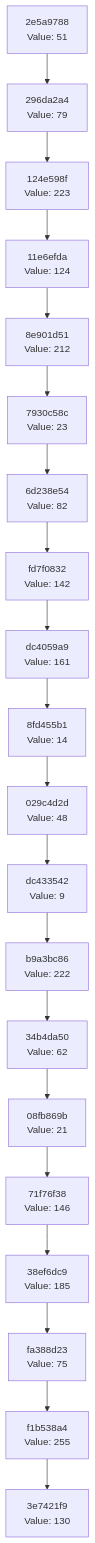
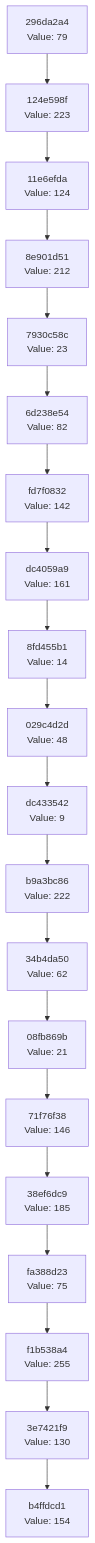
Before and after one commit to Abhisheksinha1506/hash-chain-evolver: the diagram in docs/CHAIN_VISUALIZATION.md, drawn with Mermaid. The commit also changed 2 other files, not shown here.

Commit message:
Evolution step: hash 0x9A → action executed

````diff
--- a/docs/CHAIN_VISUALIZATION.md
+++ b/docs/CHAIN_VISUALIZATION.md
@@ -3,42 +3,42 @@
 ```mermaid
 graph TD
-    C0["3e7421f9<br/>Value: 130"]
-    C1["f1b538a4<br/>Value: 255"]
+    C0["b4ffdcd1<br/>Value: 154"]
+    C1["3e7421f9<br/>Value: 130"]
     C1 --> C0
-    C2["fa388d23<br/>Value: 75"]
+    C2["f1b538a4<br/>Value: 255"]
     C2 --> C1
-    C3["38ef6dc9<br/>Value: 185"]
+    C3["fa388d23<br/>Value: 75"]
     C3 --> C2
-    C4["71f76f38<br/>Value: 146"]
+    C4["38ef6dc9<br/>Value: 185"]
     C4 --> C3
-    C5["08fb869b<br/>Value: 21"]
+    C5["71f76f38<br/>Value: 146"]
     C5 --> C4
-    C6["34b4da50<br/>Value: 62"]
+    C6["08fb869b<br/>Value: 21"]
     C6 --> C5
-    C7["b9a3bc86<br/>Value: 222"]
+    C7["34b4da50<br/>Value: 62"]
     C7 --> C6
-    C8["dc433542<br/>Value: 9"]
+    C8["b9a3bc86<br/>Value: 222"]
     C8 --> C7
-    C9["029c4d2d<br/>Value: 48"]
+    C9["dc433542<br/>Value: 9"]
     C9 --> C8
-    C10["8fd455b1<br/>Value: 14"]
+    C10["029c4d2d<br/>Value: 48"]
     C10 --> C9
-    C11["dc4059a9<br/>Value: 161"]
+    C11["8fd455b1<br/>Value: 14"]
     C11 --> C10
-    C12["fd7f0832<br/>Value: 142"]
+    C12["dc4059a9<br/>Value: 161"]
     C12 --> C11
-    C13["6d238e54<br/>Value: 82"]
+    C13["fd7f0832<br/>Value: 142"]
     C13 --> C12
-    C14["7930c58c<br/>Value: 23"]
+    C14["6d238e54<br/>Value: 82"]
     C14 --> C13
-    C15["8e901d51<br/>Value: 212"]
+    C15["7930c58c<br/>Value: 23"]
     C15 --> C14
-    C16["11e6efda<br/>Value: 124"]
+    C16["8e901d51<br/>Value: 212"]
     C16 --> C15
-    C17["124e598f<br/>Value: 223"]
+    C17["11e6efda<br/>Value: 124"]
     C17 --> C16
-    C18["296da2a4<br/>Value: 79"]
+    C18["124e598f<br/>Value: 223"]
     C18 --> C17
-    C19["2e5a9788<br/>Value: 51"]
+    C19["296da2a4<br/>Value: 79"]
     C19 --> C18
 ```
````
